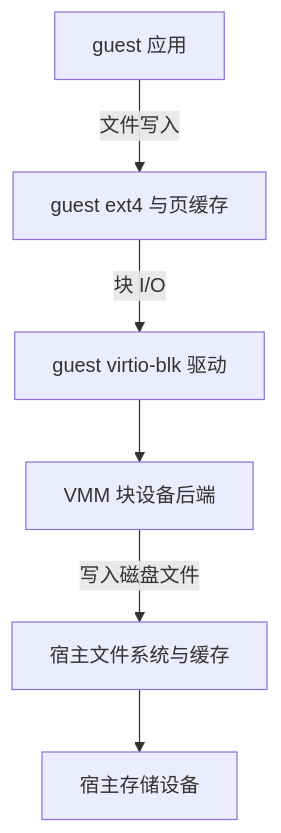
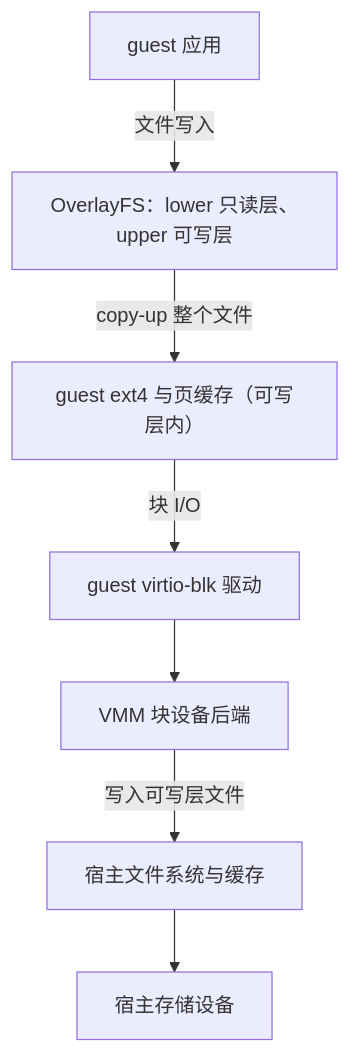
Before and after one commit to woxQAQ/sandbox-101: the fourth of 8 diagrams in architecture.md, drawn with Mermaid. The commit also changed other lines of this file and 1 other file, not shown here.

First line of the commit message:
architecture: 明确磁盘分层、只读层按 OCI 层拆分与宿主能力要求

````diff
--- a/architecture.md
+++ b/architecture.md
@@ -208,8 +260,9 @@
 ```mermaid
 flowchart TB
-    APP["guest 应用"] -->|"文件写入"| GFS["guest ext4 与页缓存"]
-    GFS -->|"块 I/O"| BLK["guest virtio-blk 驱动"]
+    APP["guest 应用"] -->|"文件写入"| OVER["OverlayFS：lower 只读层、upper 可写层"]
+    OVER -->|"copy-up 整个文件"| EXT["guest ext4 与页缓存（可写层内）"]
+    EXT -->|"块 I/O"| BLK["guest virtio-blk 驱动"]
     BLK --> VMM["VMM 块设备后端"]
-    VMM -->|"写入磁盘文件"| HFS["宿主文件系统与缓存"]
+    VMM -->|"写入可写层文件"| HFS["宿主文件系统与缓存"]
     HFS --> DEVICE["宿主存储设备"]
 ```
````
